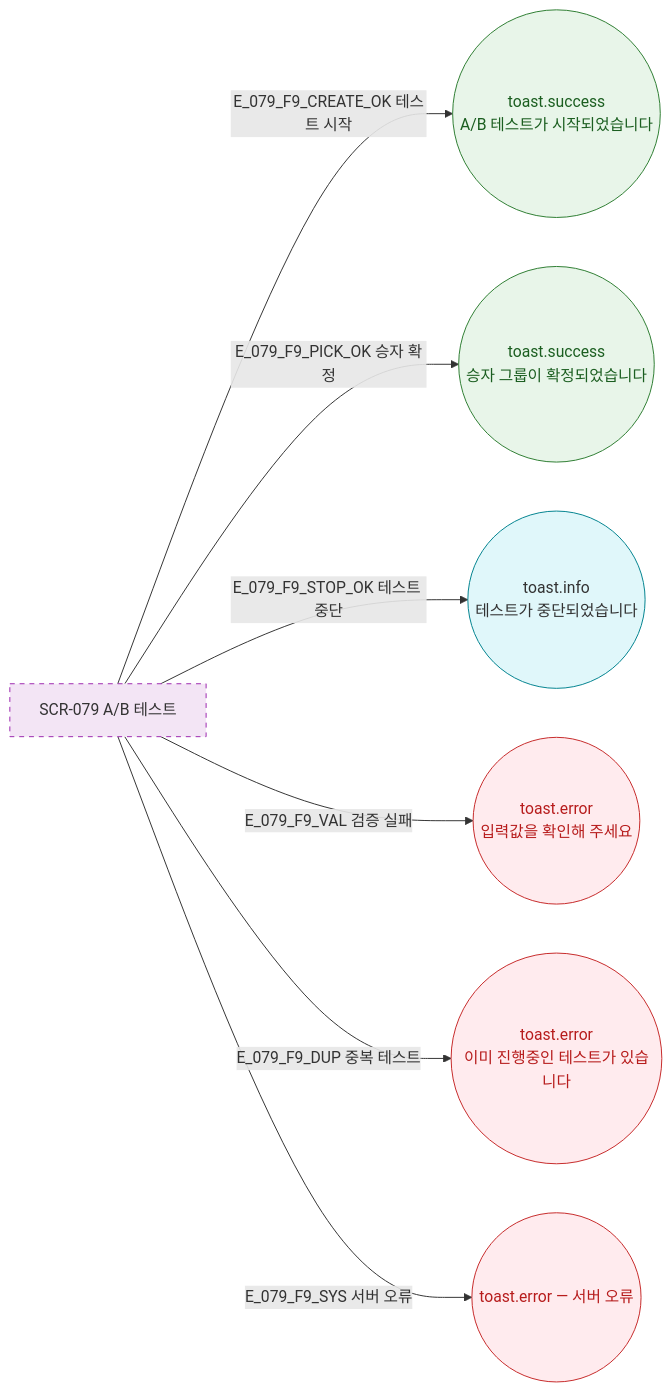
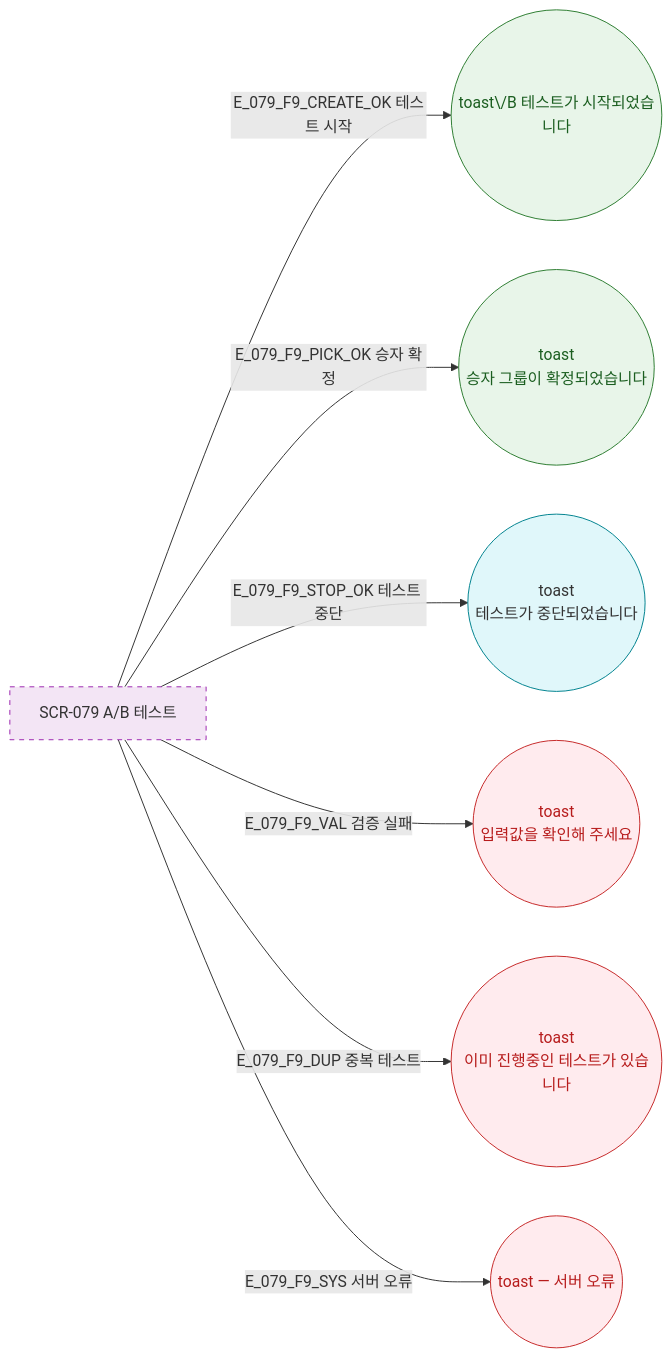
The diagram in docs/다이어그램/D08_마케팅/SCR-079_AB테스트/F9_토스트피드백.md (dev-spogym/admin-pando), drawn with Mermaid before and after one commit. The commit also changed other lines of this file and 1660 other files, not shown here.

First line of the commit message:
다이어그램: 기획자/클라이언트 납품본으로 정리

````diff
--- a/docs/다이어그램/D08_마케팅/SCR-079_AB테스트/F9_토스트피드백.md
+++ b/docs/다이어그램/D08_마케팅/SCR-079_AB테스트/F9_토스트피드백.md
@@ -14,21 +12,21 @@
 ```mermaid
 flowchart LR
   SCR_079[SCR-079 A/B 테스트]
 
-  SCR_079 -->|E_079_F9_CREATE_OK 테스트 시작| T1((toast.success\nA/B 테스트가 시작되었습니다))
-  SCR_079 -->|E_079_F9_PICK_OK 승자 확정| T2((toast.success\n승자 그룹이 확정되었습니다))
-  SCR_079 -->|E_079_F9_STOP_OK 테스트 중단| T3((toast.info\n테스트가 중단되었습니다))
-  SCR_079 -->|E_079_F9_VAL 검증 실패| T4((toast.error\n입력값을 확인해 주세요))
-  SCR_079 -->|E_079_F9_DUP 중복 테스트| T5((toast.error\n이미 진행중인 테스트가 있습니다))
-  SCR_079 -->|E_079_F9_SYS 서버 오류| T6((toast.error — 서버 오류))
+  SCR_079 -->|E_079_F9_CREATE_OK 테스트 시작|T1((toast\/B 테스트가 시작되었습니다))
+  SCR_079 -->|E_079_F9_PICK_OK 승자 확정|T2((toast\n승자 그룹이 확정되었습니다))
+  SCR_079 -->|E_079_F9_STOP_OK 테스트 중단|T3((toast\n테스트가 중단되었습니다))
+  SCR_079 -->|E_079_F9_VAL 검증 실패|T4((toast\n입력값을 확인해 주세요))
+  SCR_079 -->|E_079_F9_DUP 중복 테스트|T5((toast\n이미 진행중인 테스트가 있습니다))
+  SCR_079 -->|E_079_F9_SYS 서버 오류|T6((toast — 서버 오류))
 
   classDef newFeature fill:#F3E5F5,stroke:#9C27B0,stroke-dasharray:5 5
-  classDef success    fill:#E8F5E9,stroke:#2E7D32,color:#1B5E20
-  classDef info       fill:#E0F7FA,stroke:#00838F
-  classDef error      fill:#FFEBEE,stroke:#C62828,color:#B71C1C
+  classDef success fill:#E8F5E9,stroke:#2E7D32,color:#1B5E20
+  classDef info fill:#E0F7FA,stroke:#00838F
+  classDef error fill:#FFEBEE,stroke:#C62828,color:#B71C1C
 
   class SCR_079 newFeature
   class T1,T2 success
   class T3 info
   class T4,T5,T6 error
 ```
````
